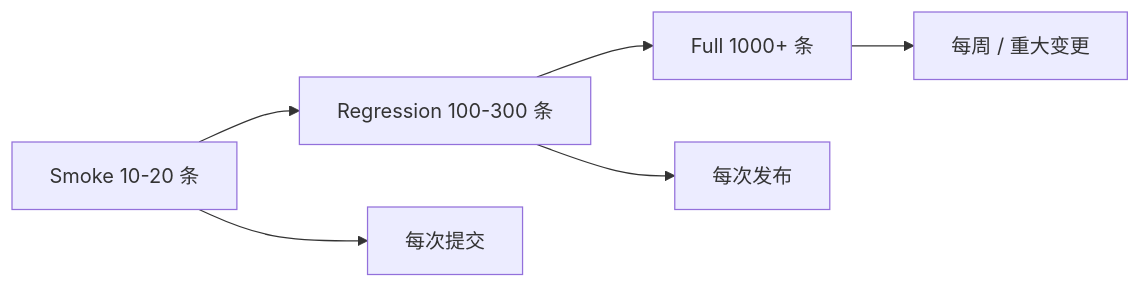
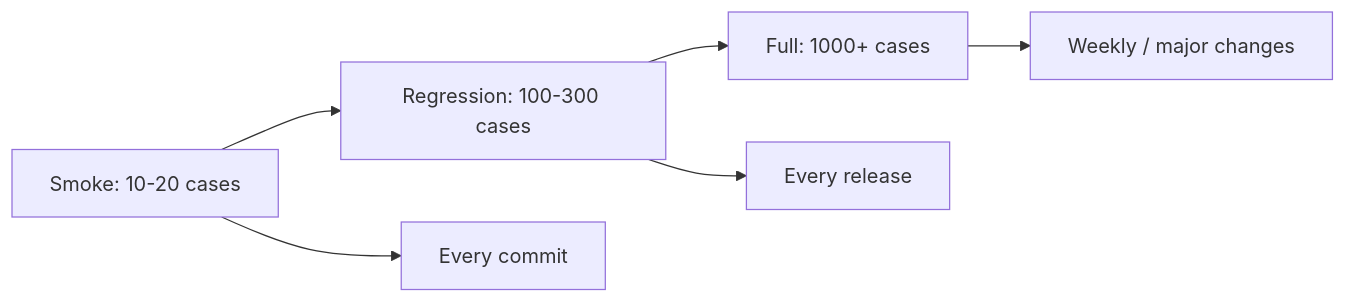
One commit to oneleaveknowsthefall/awesome-ai-roadmap changed the sixth of 7 diagrams in docs/agent/05-production/14-agent-evaluation.md. Above: the diagram before and after it, drawn with Mermaid. The commit also changed other lines of this file and 68 other files, not shown here.

````diff
--- a/docs/agent/05-production/14-agent-evaluation.md
+++ b/docs/agent/05-production/14-agent-evaluation.md
@@ -286,9 +286,9 @@
 ```mermaid
 flowchart LR
-    S[Smoke 10-20 条] --> R[Regression 100-300 条]
-    R --> F[Full 1000+ 条]
+    S[Smoke: 10-20 cases] --> R[Regression: 100-300 cases]
+    R --> F[Full: 1000+ cases]
 
-    S --> S1[每次提交]
-    R --> R1[每次发布]
-    F --> F1[每周 / 重大变更]
+    S --> S1[Every commit]
+    R --> R1[Every release]
+    F --> F1[Weekly / major changes]
 ```
````
